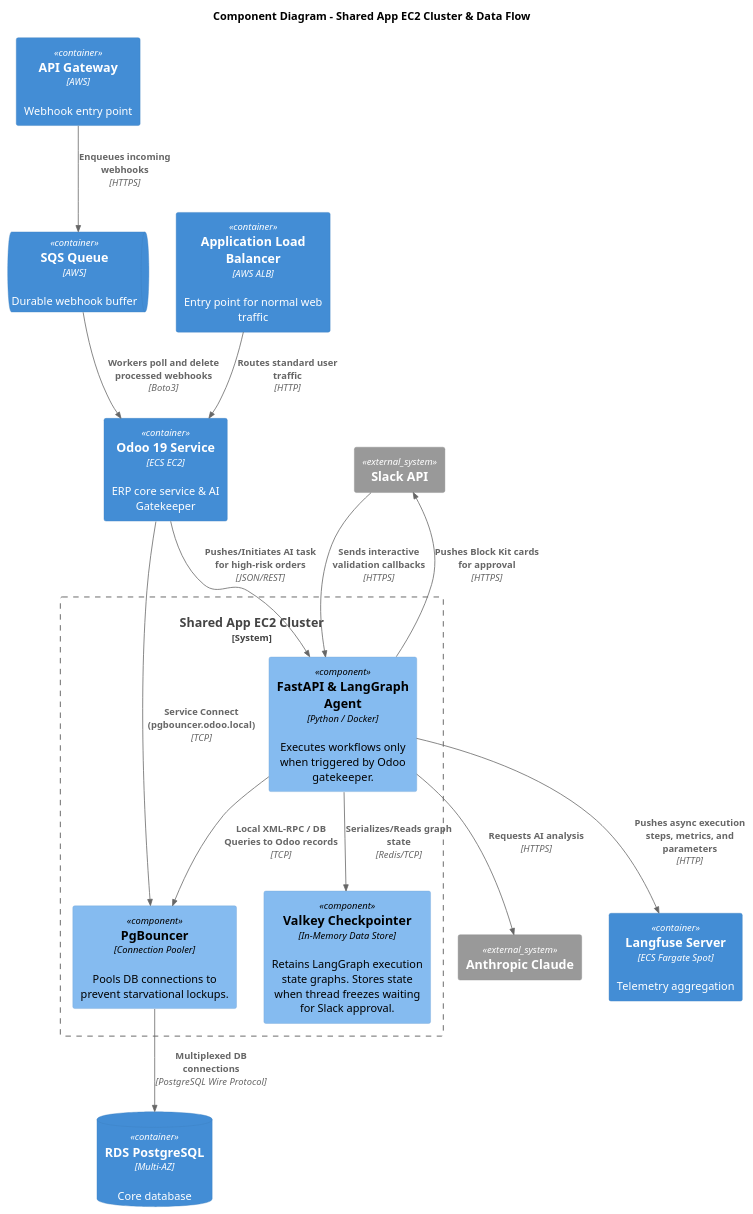
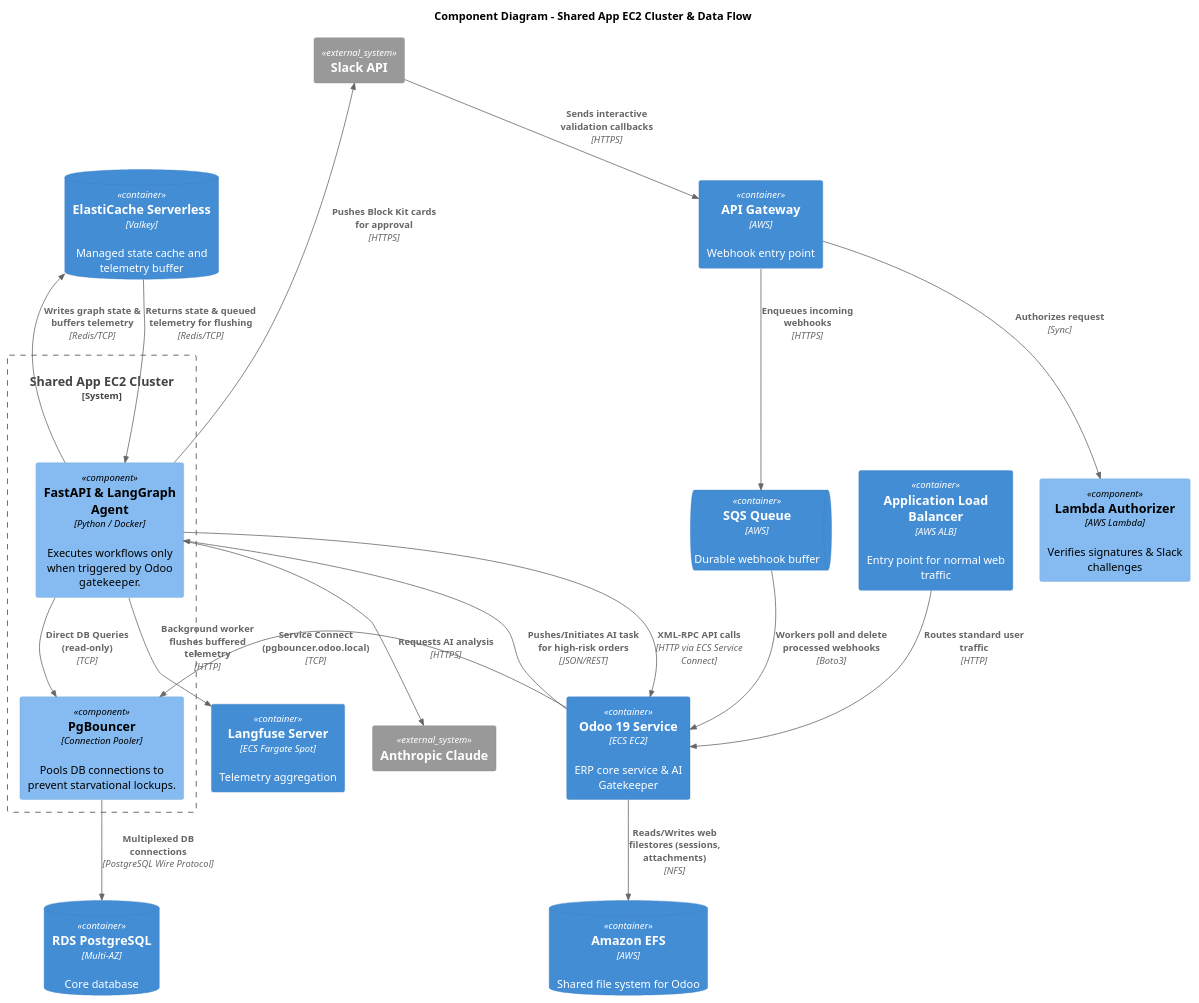
One commit to jenisrowan/odoo-ai-ops changed the diagram in C4_Component.puml. Above: the diagram before and after it, drawn with PlantUML. The commit also changed 5 other files, not shown here.

First line of the commit message:
refactor(infra): finalize aws hybrid architecture and cost models

```diff
--- a/C4_Component.puml
+++ b/C4_Component.puml
@@ -1,38 +1,46 @@
 @startuml C4_Component
 !include https://raw.githubusercontent.com/plantuml-stdlib/C4-PlantUML/master/C4_Component.puml
 
 title Component Diagram - Shared App EC2 Cluster & Data Flow
 
+LAYOUT_TOP_DOWN()
+
 Container(apigw, "API Gateway", "AWS", "Webhook entry point")
+Component(lambda_auth, "Lambda Authorizer", "AWS Lambda", "Verifies signatures & Slack challenges")
 ContainerQueue(sqs, "SQS Queue", "AWS", "Durable webhook buffer")
 Container(alb, "Application Load Balancer", "AWS ALB", "Entry point for normal web traffic")
 Container(odoo, "Odoo 19 Service", "ECS EC2", "ERP core service & AI Gatekeeper")
 Container(langfuse, "Langfuse Server", "ECS Fargate Spot", "Telemetry aggregation")
 ContainerDb(rds, "RDS PostgreSQL", "Multi-AZ", "Core database")
+ContainerDb(efs, "Amazon EFS", "AWS", "Shared file system for Odoo")
+ContainerDb(valkey, "ElastiCache Serverless", "Valkey", "Managed state cache and telemetry buffer")
 
 System_Boundary(shared_cluster, "Shared App EC2 Cluster") {
     Component(fastapi, "FastAPI & LangGraph Agent", "Python / Docker", "Executes workflows only when triggered by Odoo gatekeeper.")
-    Component(valkey, "Valkey Checkpointer", "In-Memory Data Store", "Retains LangGraph execution state graphs. Stores state when thread freezes waiting for Slack approval.")
     Component(pgbouncer, "PgBouncer", "Connection Pooler", "Pools DB connections to prevent starvational lockups.")
 }
 
+Rel(apigw, lambda_auth, "Authorizes request", "Sync")
 Rel(apigw, sqs, "Enqueues incoming webhooks", "HTTPS")
 Rel(sqs, odoo, "Workers poll and delete processed webhooks", "Boto3")
 Rel(alb, odoo, "Routes standard user traffic", "HTTP")
 
 Rel(odoo, fastapi, "Pushes/Initiates AI task for high-risk orders", "JSON/REST")
 Rel(odoo, pgbouncer, "Service Connect (pgbouncer.odoo.local)", "TCP")
+Rel(odoo, efs, "Reads/Writes web filestores (sessions, attachments)", "NFS")
 
-Rel(fastapi, valkey, "Serializes/Reads graph state", "Redis/TCP")
-Rel(fastapi, pgbouncer, "Local XML-RPC / DB Queries to Odoo records", "TCP")
+Rel(fastapi, valkey, "Writes graph state & buffers telemetry", "Redis/TCP")
+Rel(valkey, fastapi, "Returns state & queued telemetry for flushing", "Redis/TCP")
+Rel(fastapi, pgbouncer, "Direct DB Queries (read-only)", "TCP")
+Rel(fastapi, odoo, "XML-RPC API calls", "HTTP via ECS Service Connect")
 Rel(pgbouncer, rds, "Multiplexed DB connections", "PostgreSQL Wire Protocol")
 
-Rel(fastapi, langfuse, "Pushes async execution steps, metrics, and parameters", "HTTP")
+Rel(fastapi, langfuse, "Background worker flushes buffered telemetry", "HTTP")
 
 System_Ext(anthropic, "Anthropic Claude")
 System_Ext(slack, "Slack API")
 Rel(fastapi, anthropic, "Requests AI analysis", "HTTPS")
 Rel(fastapi, slack, "Pushes Block Kit cards for approval", "HTTPS")
-Rel(slack, fastapi, "Sends interactive validation callbacks", "HTTPS")
+Rel(slack, apigw, "Sends interactive validation callbacks", "HTTPS")
 
 @enduml
```
